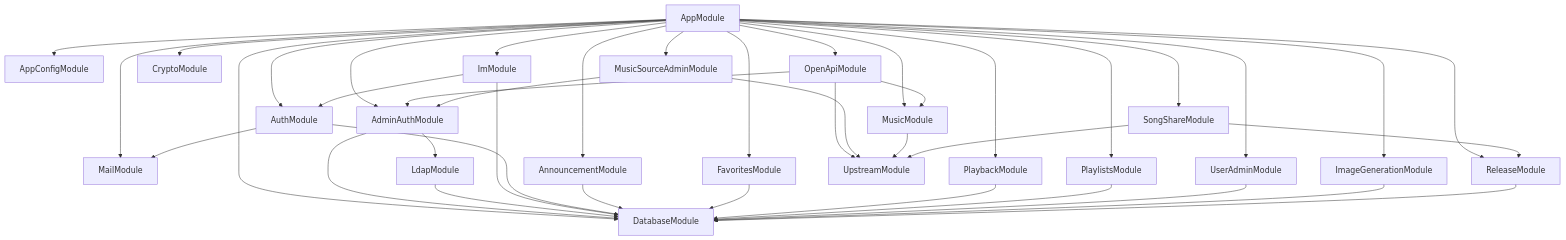
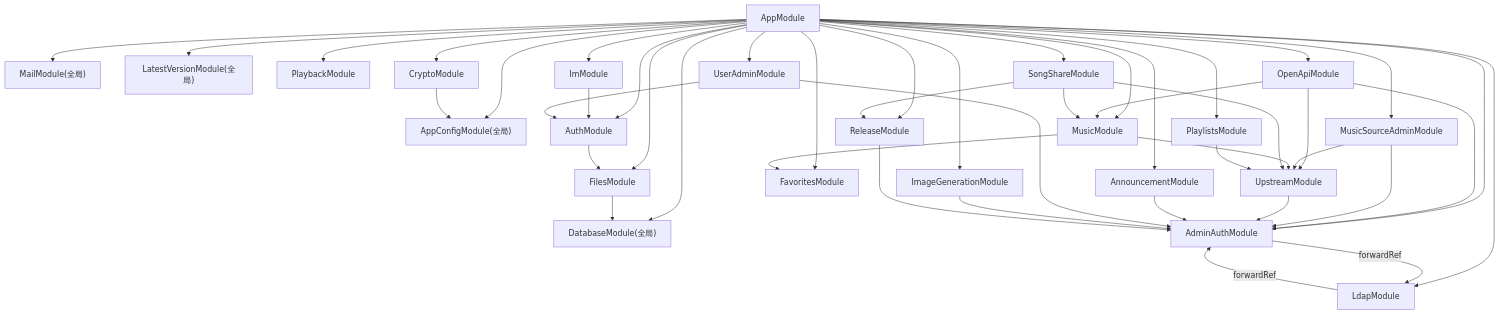
Before and after one commit to taotaomusic/core: the diagram in server/wiki/11-architecture-modules.md, drawn with Mermaid. The commit also changed other lines of this file and 41 other files, not shown here.

````diff
--- a/server/wiki/11-architecture-modules.md
+++ b/server/wiki/11-architecture-modules.md
@@ -11,43 +13,47 @@
 ```mermaid
 flowchart TD
-    App["AppModule"] --> Config["AppConfigModule"]
-    App --> Database["DatabaseModule"]
+    App["AppModule"] --> Config["AppConfigModule(全局)"]
+    App --> Database["DatabaseModule(全局)"]
+    App --> Mail["MailModule(全局)"]
+    App --> LatestVersion["LatestVersionModule(全局)"]
     App --> Auth["AuthModule"]
-    App --> Mail["MailModule"]
+    App --> AdminAuth["AdminAuthModule"]
     App --> Announcements["AnnouncementModule"]
+    App --> Files["FilesModule"]
     App --> Favorites["FavoritesModule"]
     App --> Playback["PlaybackModule"]
     App --> Playlists["PlaylistsModule"]
     App --> Music["MusicModule"]
+    App --> OpenApi["OpenApiModule"]
+    App --> Image["ImageGenerationModule"]
+    App --> Im["ImModule"]
+    App --> Ldap["LdapModule"]
+    App --> Release["ReleaseModule"]
     App --> Shares["SongShareModule"]
-    App --> Image["ImageGenerationModule"]
-    App --> Release["ReleaseModule"]
-    App --> Im["ImModule"]
     App --> UserAdmin["UserAdminModule"]
-    App --> AdminAuth["AdminAuthModule"]
+    App --> MusicSourceAdmin["MusicSourceAdminModule"]
     App --> Crypto["CryptoModule"]
-    App --> OpenApi["OpenApiModule"]
-    App --> MusicSourceAdmin["MusicSourceAdminModule"]
     OpenApi --> Music
-    OpenApi --> Upstream
+    OpenApi --> Upstream["UpstreamModule"]
     OpenApi --> AdminAuth
     MusicSourceAdmin --> Upstream
     MusicSourceAdmin --> AdminAuth
-    AdminAuth --> Ldap["LdapModule"]
-    AdminAuth --> Database
-    Ldap --> Database
-    Music --> Upstream["UpstreamModule"]
+    Upstream --> AdminAuth
+    AdminAuth -- forwardRef --> Ldap
+    Ldap -- forwardRef --> AdminAuth
+    Music --> Upstream
+    Music --> Favorites
     Shares --> Upstream
     Shares --> Release
-    Im --> Database
+    Shares --> Music
+    Auth --> Files
     Im --> Auth
-    Auth --> Database
-    Auth --> Mail
-    Announcements --> Database
-    Favorites --> Database
-    Playback --> Database
-    Playlists --> Database
-    UserAdmin --> Database
-    Image --> Database
-    Release --> Database
+    Playlists --> Upstream
+    Announcements --> AdminAuth
+    UserAdmin --> AdminAuth
+    UserAdmin --> Auth
+    Image --> AdminAuth
+    Release --> AdminAuth
+    Files --> Database
+    Crypto --> Config
 ```
````
